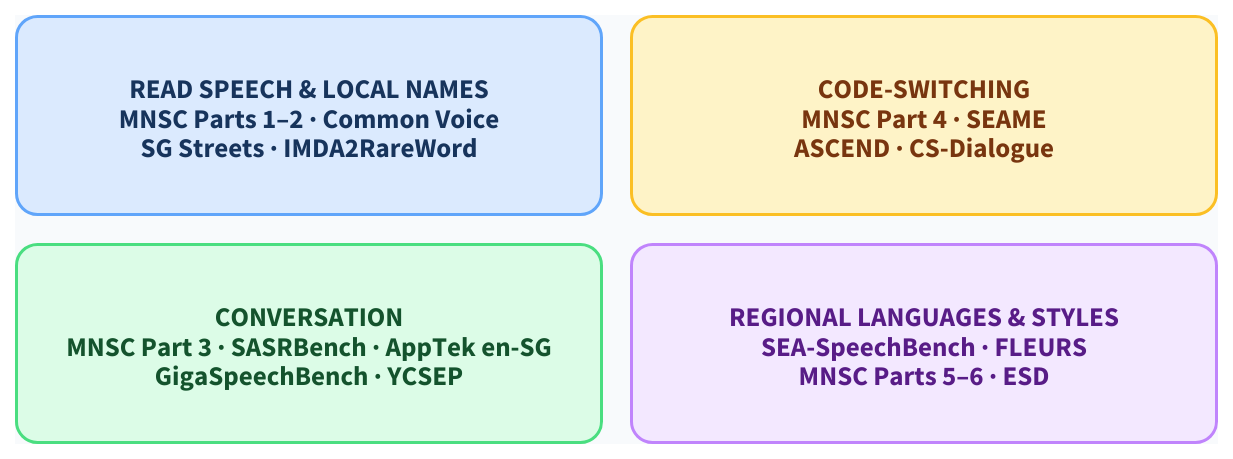
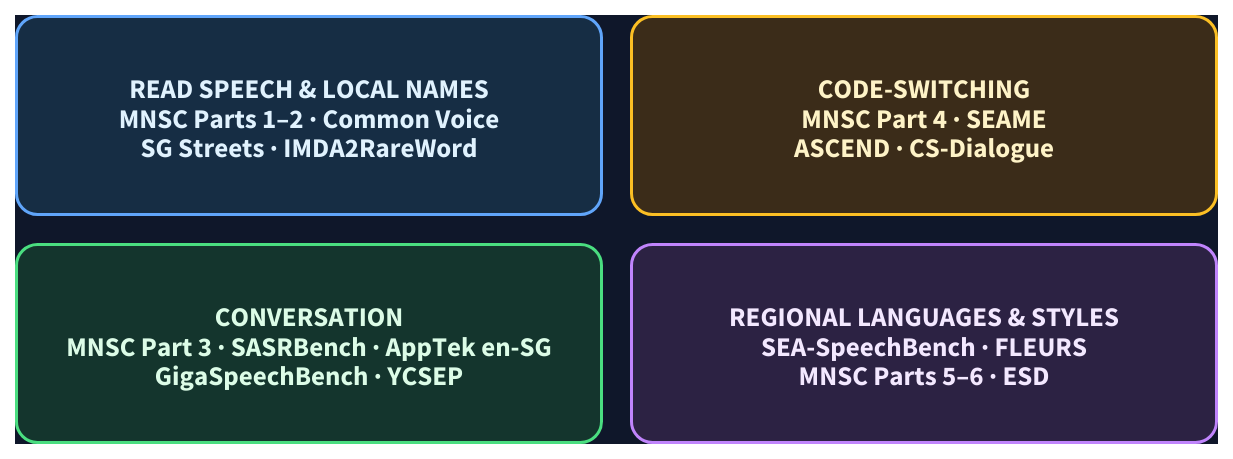
The diagram in diagrams/dataset-map.d2 (darren236/singapore-asr-datasets), drawn with D2 before and after one commit. The commit also changed 3 other files, not shown here.

Commit message:
Improve diagram contrast for GitHub themes

```diff
--- a/diagrams/dataset-map.d2
+++ b/diagrams/dataset-map.d2
@@ -1,23 +1,23 @@
 grid-columns: 2
 grid-gap: 20
-style.fill: "#f8fafc"
+style.fill: "#0f172a"
 
 read: "READ SPEECH & LOCAL NAMES\nMNSC Parts 1–2 · Common Voice\nSG Streets · IMDA2RareWord"
 read.width: 390
 read.height: 132
-read.style: {fill: "#dbeafe"; stroke: "#60a5fa"; border-radius: 14; font-color: "#17345c"; font-size: 18}
+read.style: {fill: "#162d44"; stroke: "#60a5fa"; border-radius: 14; font-color: "#e0f2fe"; font-size: 18}
 
 conversation: "CONVERSATION\nMNSC Part 3 · SASRBench · AppTek en-SG\nGigaSpeechBench · YCSEP"
 conversation.width: 390
 conversation.height: 132
-conversation.style: {fill: "#dcfce7"; stroke: "#4ade80"; border-radius: 14; font-color: "#14532d"; font-size: 18}
+conversation.style: {fill: "#14352d"; stroke: "#4ade80"; border-radius: 14; font-color: "#dcfce7"; font-size: 18}
 
 switch: "CODE-SWITCHING\nMNSC Part 4 · SEAME\nASCEND · CS-Dialogue"
 switch.width: 390
 switch.height: 132
-switch.style: {fill: "#fef3c7"; stroke: "#fbbf24"; border-radius: 14; font-color: "#78350f"; font-size: 18}
+switch.style: {fill: "#3b2c19"; stroke: "#fbbf24"; border-radius: 14; font-color: "#fef3c7"; font-size: 18}
 
 regional: "REGIONAL LANGUAGES & STYLES\nSEA-SpeechBench · FLEURS\nMNSC Parts 5–6 · ESD"
 regional.width: 390
 regional.height: 132
-regional.style: {fill: "#f3e8ff"; stroke: "#c084fc"; border-radius: 14; font-color: "#581c87"; font-size: 18}
+regional.style: {fill: "#2c2243"; stroke: "#c084fc"; border-radius: 14; font-color: "#f3e8ff"; font-size: 18}
```
